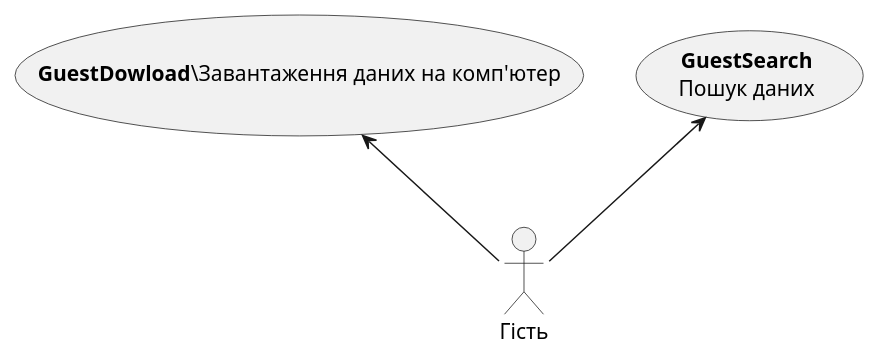
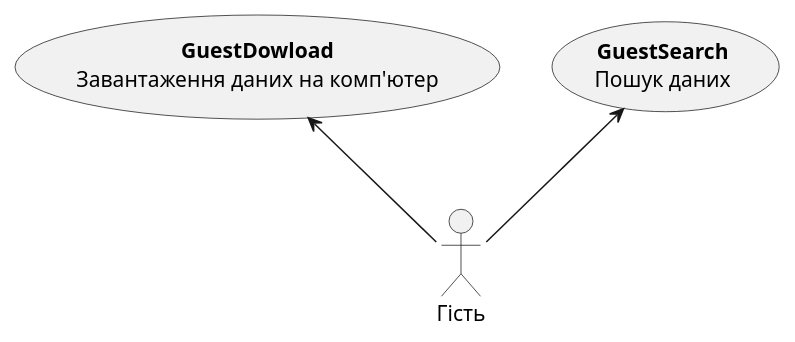
One commit to notnuff/edu_db_labs-IM-21 changed the second of 18 diagrams in docs/use cases/README.md. Above: the diagram before and after it, drawn with PlantUML. The commit also changed other lines of this file, not shown here.

```diff
--- a/docs/use cases/README.md
+++ b/docs/use cases/README.md
@@ -36,11 +36,11 @@
 @startuml
 
     actor "Гість" as Guest
 
     usecase "<b>GuestSearch</b>\nПошук даних" as GuestSearch
-    usecase "<b>GuestDowload</b>\Завантаження даних на комп'ютер" as GuestDowload
+    usecase "<b>GuestDowload</b>\nЗавантаження даних на комп'ютер" as GuestDowload
 
     Guest -u-> GuestSearch
     Guest -u-> GuestDowload
 
 @enduml 
```
